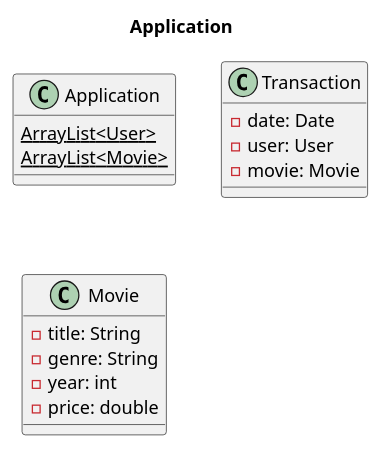
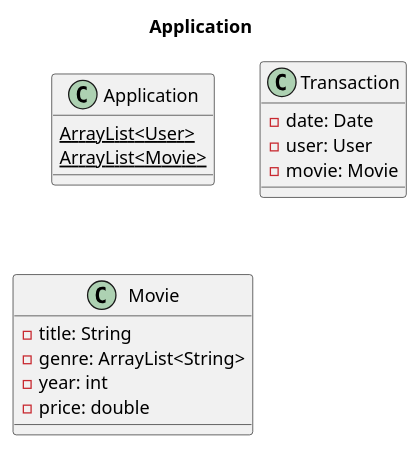
One commit to DrNeonsy/Java_Console-VOD-System changed the diagram in src/main/java/Graphs/Scripts/Application.puml. Above: the diagram before and after it, drawn with PlantUML. The commit also changed 3 other files, not shown here.

```diff
--- a/src/main/java/Graphs/Scripts/Application.puml
+++ b/src/main/java/Graphs/Scripts/Application.puml
@@ -1,23 +1,23 @@
 @startuml
 
 title Application
 
 class Application {
     {static} ArrayList<User>
     {static} ArrayList<Movie>
 }
 
 class Transaction {
     -date: Date
     -user: User
     -movie: Movie
 }
 
 class Movie {
     -title: String
-    -genre: String
+    -genre: ArrayList<String>
     -year: int
     -price: double
 }
 
 @enduml
```
